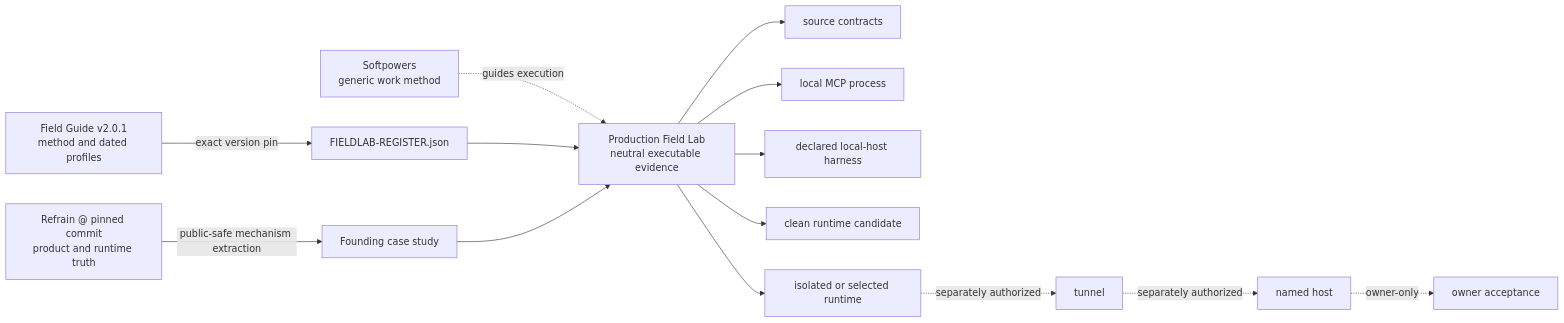
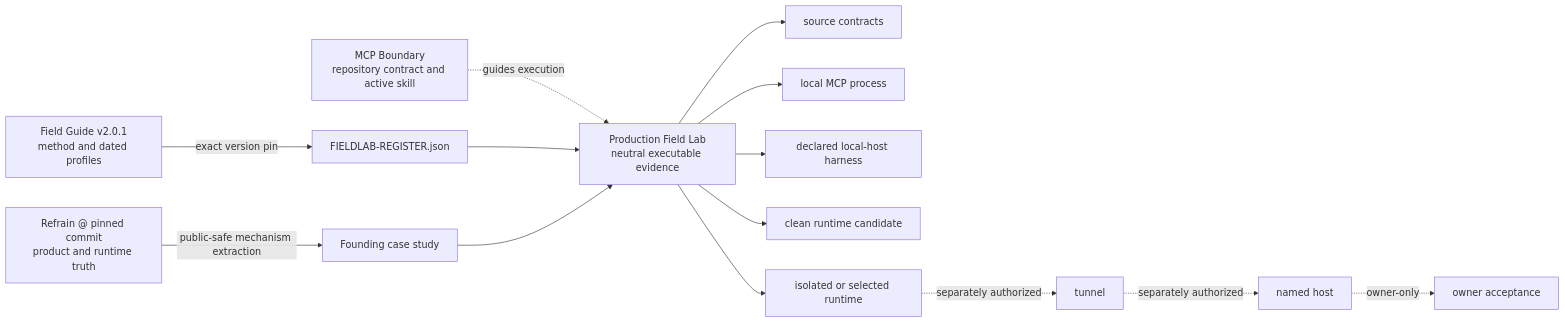
Before and after one commit to IndelibleVivi/mcp-boundary: the first of 2 diagrams in lab/docs/ARCHITECTURE.en.md, drawn with Mermaid. The commit also changed other lines of this file and 36 other files, not shown here.

````diff
--- a/lab/docs/ARCHITECTURE.en.md
+++ b/lab/docs/ARCHITECTURE.en.md
@@ -15,18 +15,18 @@
 ```mermaid
 flowchart LR
   FG[Field Guide v2.0.1<br/>method and dated profiles] -->|exact version pin| REG[FIELDLAB-REGISTER.json]
-  SP[Softpowers<br/>generic work method] -. guides execution .-> LAB
+  MB[MCP Boundary<br/>repository contract and active skill] -. guides execution .-> LAB
   RF[Refrain @ pinned commit<br/>product and runtime truth] -->|public-safe mechanism extraction| CASE[Founding case study]
   REG --> LAB[Production Field Lab<br/>neutral executable evidence]
   CASE --> LAB
 
   LAB --> SRC[source contracts]
   LAB --> PROC[local MCP process]
   LAB --> HOST[declared local-host harness]
   LAB --> PKG[clean runtime candidate]
   LAB --> RUN[isolated or selected runtime]
 
   RUN -. separately authorized .-> TUN[tunnel]
   TUN -. separately authorized .-> NAMED[named host]
   NAMED -. owner-only .-> OWNER[owner acceptance]
 ```
````
